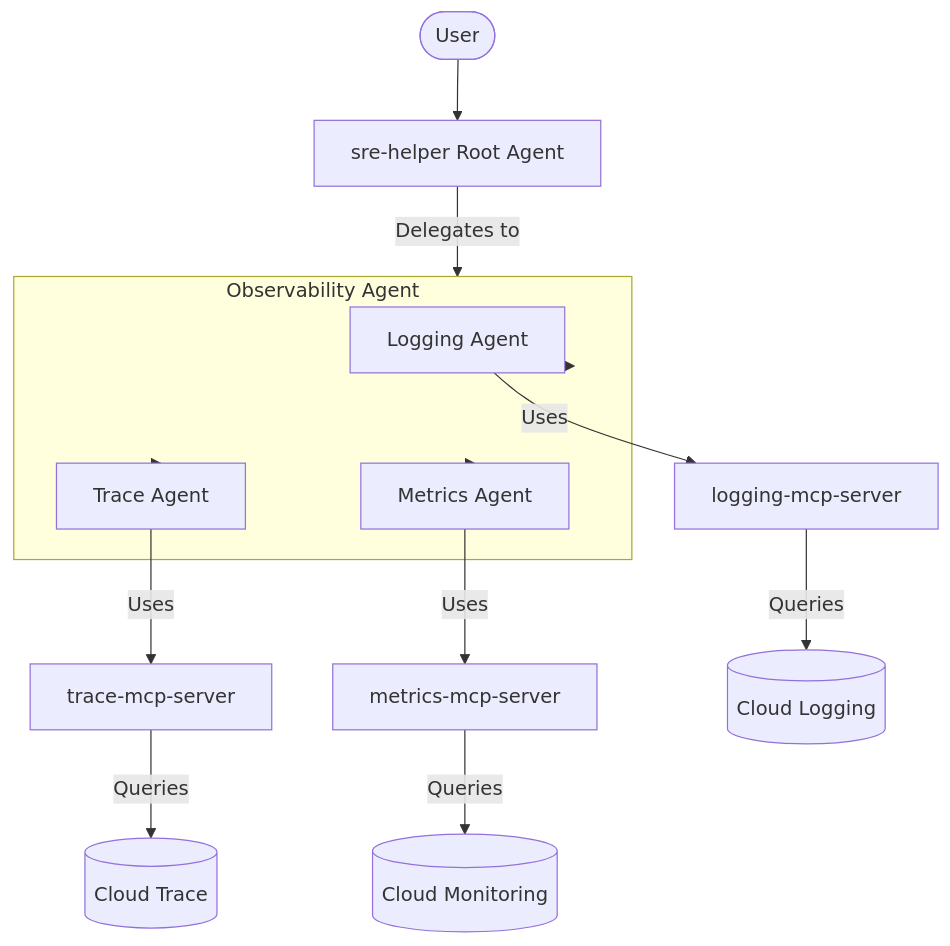
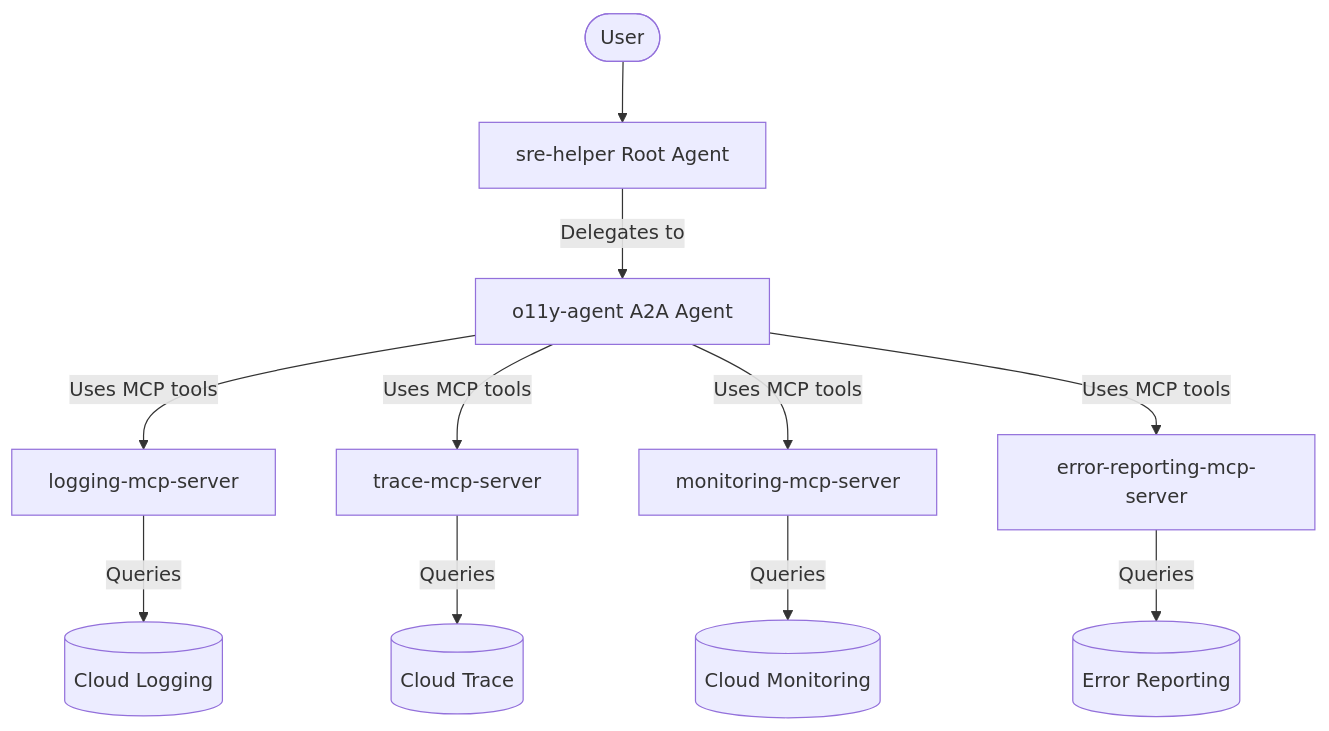
One commit to srtux/autosre changed the diagram in docs/architecture.md. Above: the diagram before and after it, drawn with Mermaid. The commit also changed other lines of this file and 5 other files, not shown here.

````diff
--- a/docs/architecture.md
+++ b/docs/architecture.md
@@ -13,23 +13,14 @@
 ```mermaid
 graph TD
     User([User]) --> SREHelper[sre-helper Root Agent]
-    SREHelper -->|Delegates to| O11yAgent[o11y-agent ParallelAgent]
-    
-    subgraph O11yAgent [Observability Agent]
-        LoggingAgent[Logging Agent]
-        TraceAgent[Trace Agent]
-        MetricsAgent[Metrics Agent]
-    end
-    
-    O11yAgent -.-> LoggingAgent
-    O11yAgent -.-> TraceAgent
-    O11yAgent -.-> MetricsAgent
-    
-    LoggingAgent -->|Uses| LoggingMCP[logging-mcp-server]
-    TraceAgent -->|Uses| TraceMCP[trace-mcp-server]
-    MetricsAgent -->|Uses| MetricsMCP[metrics-mcp-server]
-    
+    SREHelper -->|Delegates to| O11yAgent[o11y-agent A2A Agent]
+    O11yAgent -->|Uses MCP tools| LoggingMCP[logging-mcp-server]
+    O11yAgent -->|Uses MCP tools| TraceMCP[trace-mcp-server]
+    O11yAgent -->|Uses MCP tools| MonitoringMCP[monitoring-mcp-server]
+    O11yAgent -->|Uses MCP tools| ErrorMCP[error-reporting-mcp-server]
+
     LoggingMCP -->|Queries| GCP_Logging[(Cloud Logging)]
     TraceMCP -->|Queries| GCP_Trace[(Cloud Trace)]
-    MetricsMCP -->|Queries| GCP_Metrics[(Cloud Monitoring)]
+    MonitoringMCP -->|Queries| GCP_Metrics[(Cloud Monitoring)]
+    ErrorMCP -->|Queries| GCP_Error[(Error Reporting)]
 ```
````
